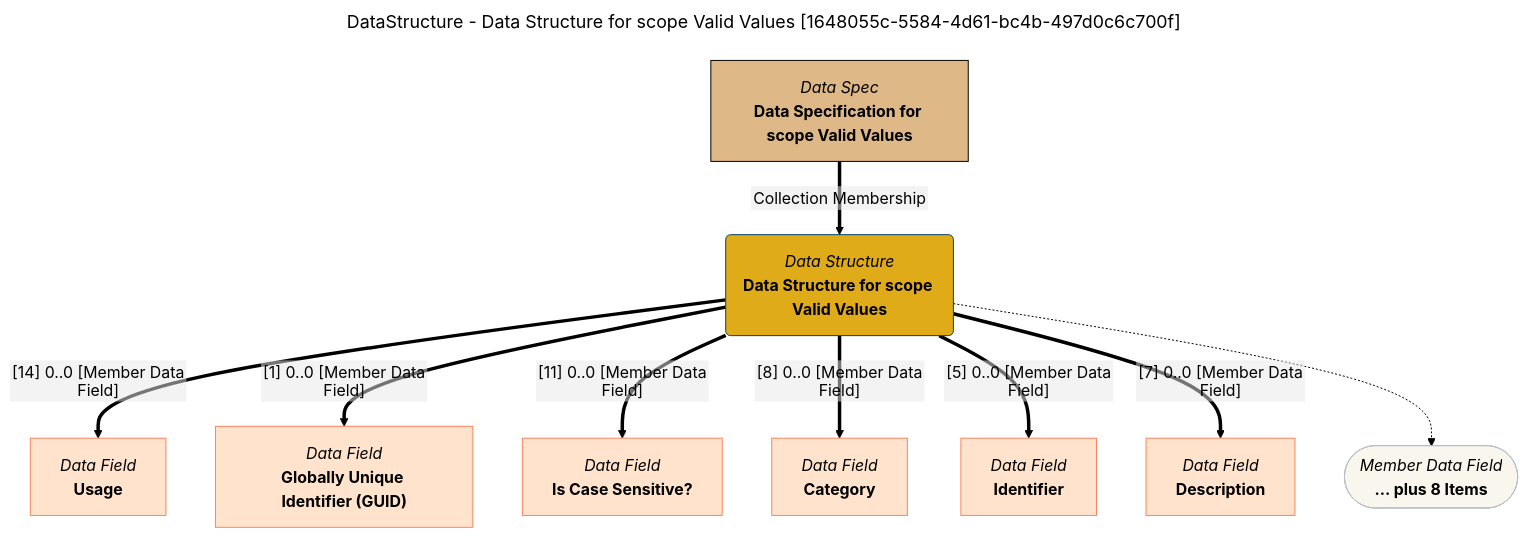
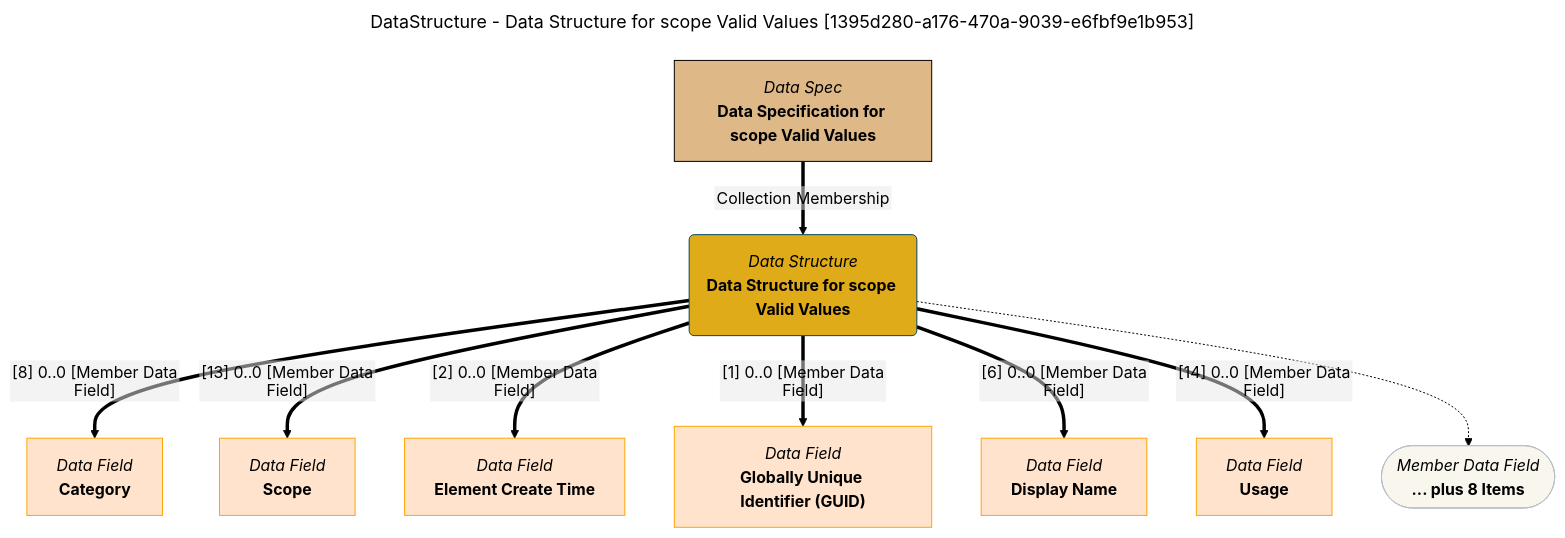
Before and after one commit to odpi/egeria-docs: the diagram in site/snippets/data-structures/data-structure-for-scope-valid-values-mermaid-graph.md, drawn with Mermaid (forest theme). The commit also changed 2201 other files, not shown here.

````diff
--- a/site/snippets/data-structures/data-structure-for-scope-valid-values-mermaid-graph.md
+++ b/site/snippets/data-structures/data-structure-for-scope-valid-values-mermaid-graph.md
@@ -1,43 +1,43 @@
 ```mermaid
 ---
-title: DataStructure - Data Structure for scope Valid Values [1648055c-5584-4d61-bc4b-497d0c6c700f]
+title: DataStructure - Data Structure for scope Valid Values [1395d280-a176-470a-9039-e6fbf9e1b953]
 ---
 flowchart TD
 %%{init: {"flowchart": {"htmlLabels": false}} }%%
 
 1@{ shape: rounded, label: "*Data Structure*
 **Data Structure for scope Valid Values**"}
 2@{ shape: rect, label: "*Data Spec*
 **Data Specification for scope Valid Values**"}
 2==>|"Collection Membership"|1
 3@{ shape: rect, label: "*Data Field*
+**Category**"}
+1==>|"[8] 0..0 [Member Data Field]"|3
+4@{ shape: rect, label: "*Data Field*
+**Scope**"}
+1==>|"[13] 0..0 [Member Data Field]"|4
+5@{ shape: rect, label: "*Data Field*
+**Element Create Time**"}
+1==>|"[2] 0..0 [Member Data Field]"|5
+6@{ shape: rect, label: "*Data Field*
+**Globally Unique Identifier (GUID)**"}
+1==>|"[1] 0..0 [Member Data Field]"|6
+7@{ shape: rect, label: "*Data Field*
+**Display Name**"}
+1==>|"[6] 0..0 [Member Data Field]"|7
+8@{ shape: rect, label: "*Data Field*
 **Usage**"}
-1==>|"[14] 0..0 [Member Data Field]"|3
-4@{ shape: rect, label: "*Data Field*
-**Globally Unique Identifier (GUID)**"}
-1==>|"[1] 0..0 [Member Data Field]"|4
-5@{ shape: rect, label: "*Data Field*
-**Is Case Sensitive?**"}
-1==>|"[11] 0..0 [Member Data Field]"|5
-6@{ shape: rect, label: "*Data Field*
-**Category**"}
-1==>|"[8] 0..0 [Member Data Field]"|6
-7@{ shape: rect, label: "*Data Field*
-**Identifier**"}
-1==>|"[5] 0..0 [Member Data Field]"|7
-8@{ shape: rect, label: "*Data Field*
-**Description**"}
-1==>|"[7] 0..0 [Member Data Field]"|8
+1==>|"[14] 0..0 [Member Data Field]"|8
 9@{ shape: stadium, label: "*Member Data Field*
 **... plus 8 Items**"}
 1-.->9
 style 1 color:#000000, fill:#e0ab18, stroke:#004563
-style 2 color:#000000, fill:#deb887, stroke:#000000
-style 3 color:#000000, fill:#ffe3cc, stroke:#f9845b
-style 4 color:#000000, fill:#ffe3cc, stroke:#f9845b
-style 5 color:#000000, fill:#ffe3cc, stroke:#f9845b
-style 6 color:#000000, fill:#ffe3cc, stroke:#f9845b
-style 7 color:#000000, fill:#ffe3cc, stroke:#f9845b
-style 8 color:#000000, fill:#ffe3cc, stroke:#f9845b
+style 2 color:#000000, fill:#DEB887, stroke:#000000
+style 3 color:#000000, fill:#ffe3cc, stroke:#FFA500
+style 4 color:#000000, fill:#ffe3cc, stroke:#FFA500
+style 5 color:#000000, fill:#ffe3cc, stroke:#FFA500
+style 6 color:#000000, fill:#ffe3cc, stroke:#FFA500
+style 7 color:#000000, fill:#ffe3cc, stroke:#FFA500
+style 8 color:#000000, fill:#ffe3cc, stroke:#FFA500
 style 9 color:#000000, fill:#F9F7ED, stroke:#b7c0c7
 ```
````
